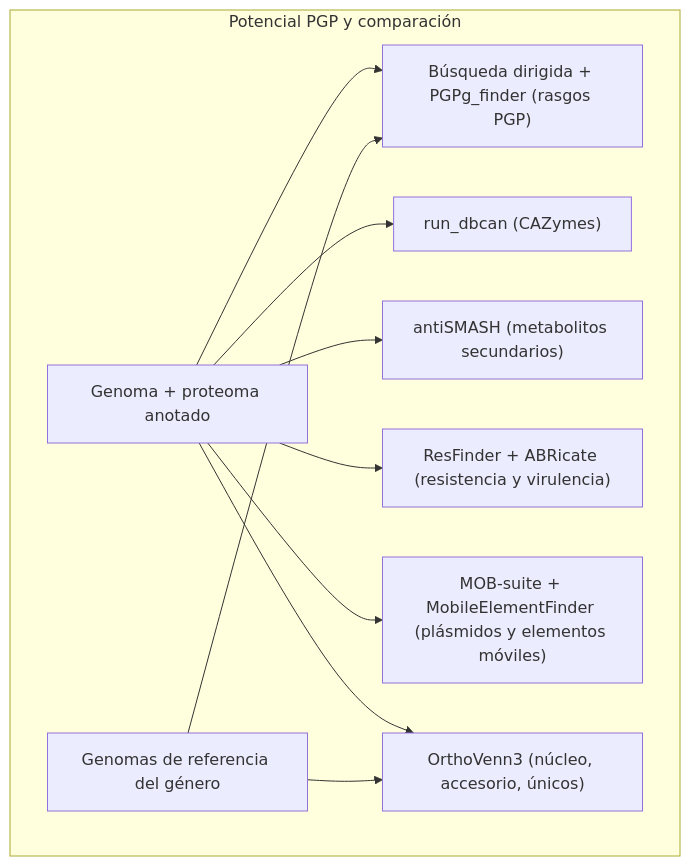
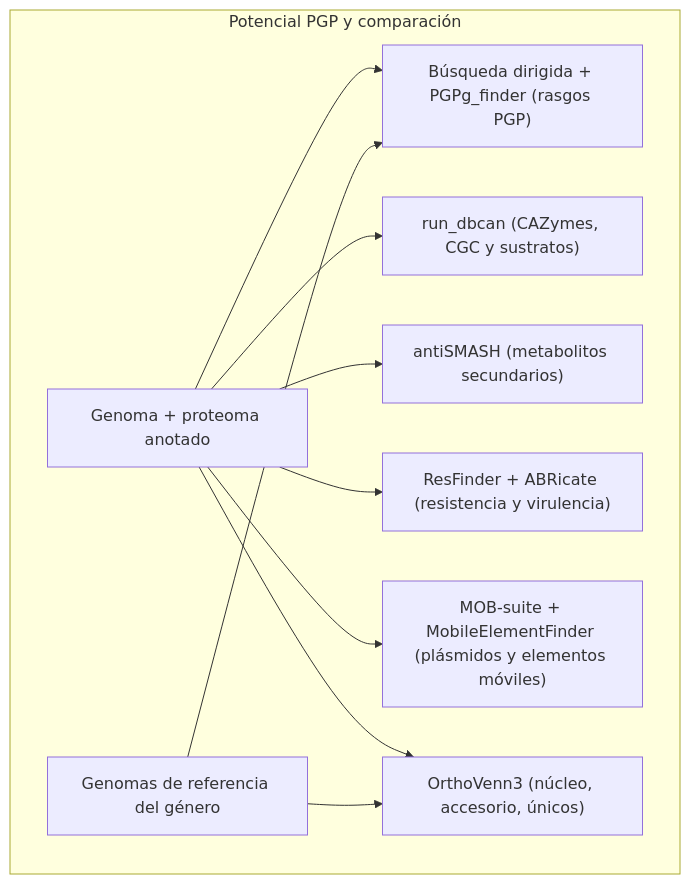
One commit to miRNA67/1ABL0055_202620_S06 changed the second of 2 diagrams in README.md. Above: the diagram before and after it, drawn with Mermaid. The commit also changed other lines of this file, not shown here.

````diff
--- a/README.md
+++ b/README.md
@@ -46,14 +46,14 @@
 ```mermaid
 flowchart LR
     subgraph PGP["Potencial PGP y comparación"]
         direction LR
         A["Genoma + proteoma anotado"] --> B["Búsqueda dirigida + PGPg_finder (rasgos PGP)"]
-        A --> C["run_dbcan (CAZymes)"]
+        A --> C["run_dbcan (CAZymes, CGC y sustratos)"]
         A --> D["antiSMASH (metabolitos secundarios)"]
         A --> S["ResFinder + ABRicate (resistencia y virulencia)"]
         A --> M["MOB-suite + MobileElementFinder (plásmidos y elementos móviles)"]
         A --> E["OrthoVenn3 (núcleo, accesorio, únicos)"]
         R["Genomas de referencia del género"] --> B
         R --> E
     end
 ```
````
